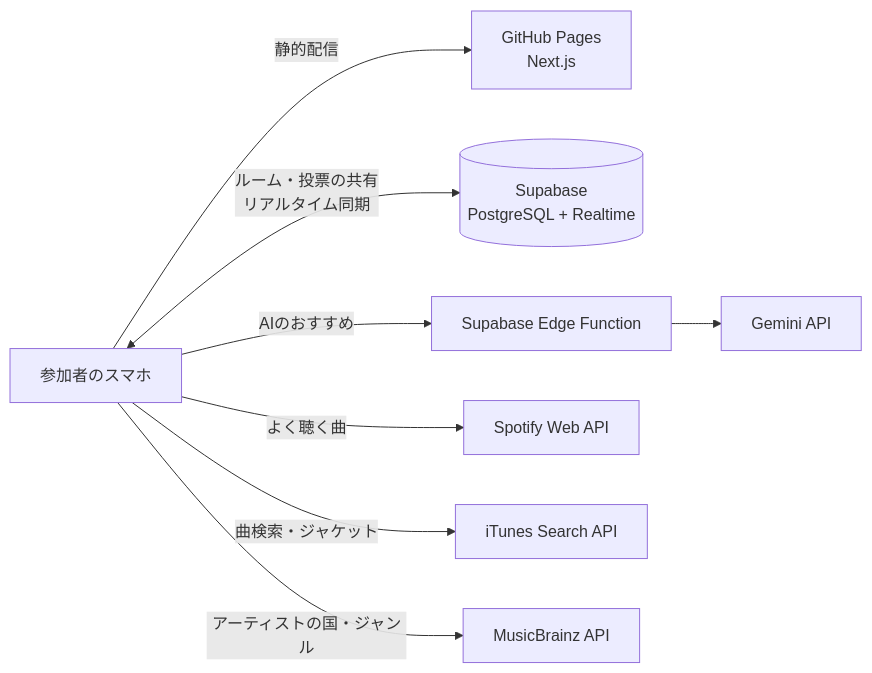
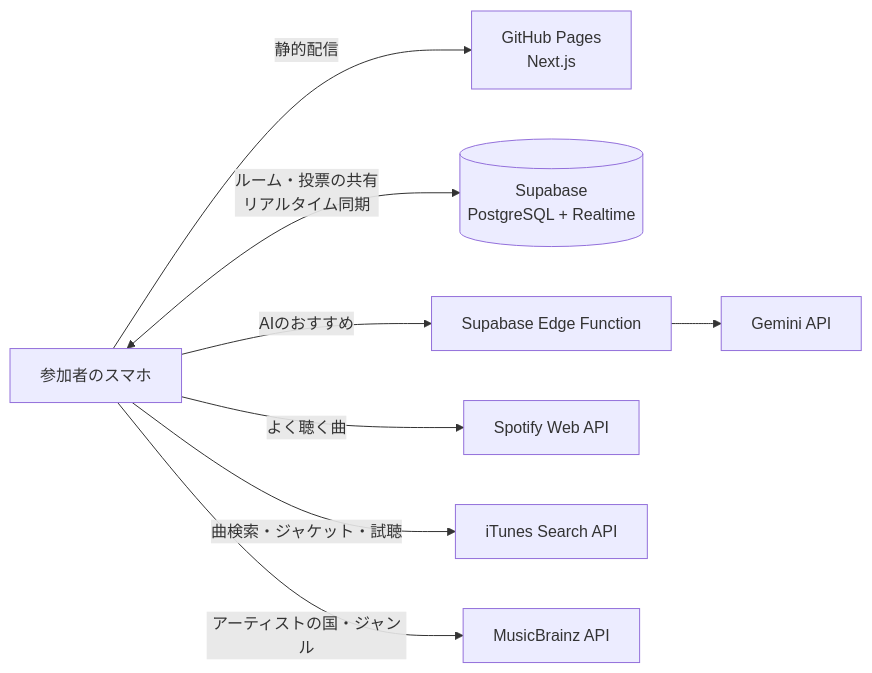
Before and after one commit to jphacks/tkb_2619: the diagram in README.md, drawn with Mermaid. The commit also changed other lines of this file, not shown here.

````diff
--- a/README.md
+++ b/README.md
@@ -93,9 +121,9 @@
 ```mermaid
 flowchart LR
   U[参加者のスマホ] -->|静的配信| P[GitHub Pages<br/>Next.js]
   U <-->|ルーム・投票の共有<br/>リアルタイム同期| S[(Supabase<br/>PostgreSQL + Realtime)]
   U -->|AIのおすすめ| F[Supabase Edge Function] --> G[Gemini API]
   U -->|よく聴く曲| SP[Spotify Web API]
-  U -->|曲検索・ジャケット| IT[iTunes Search API]
+  U -->|曲検索・ジャケット・試聴| IT[iTunes Search API]
   U -->|アーティストの国・ジャンル| MB[MusicBrainz API]
 ```
````
